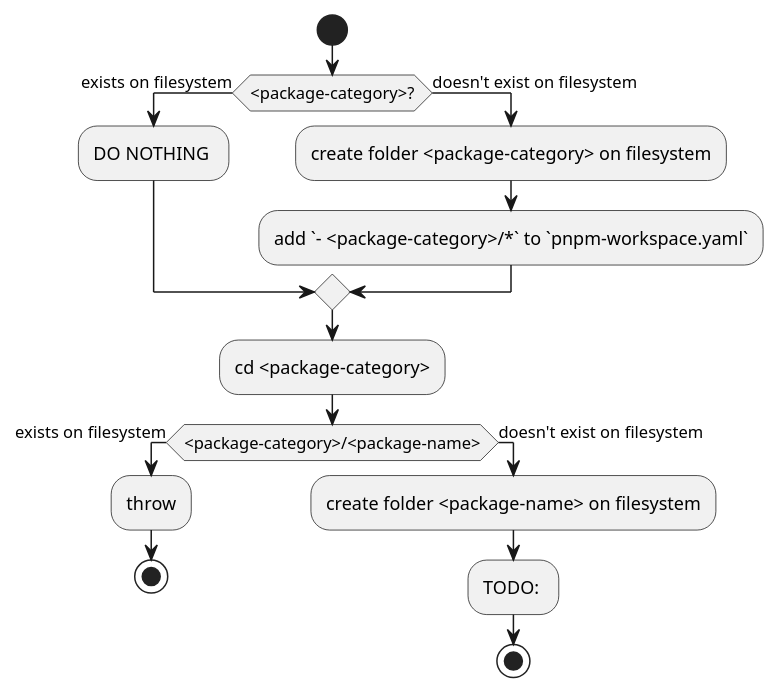
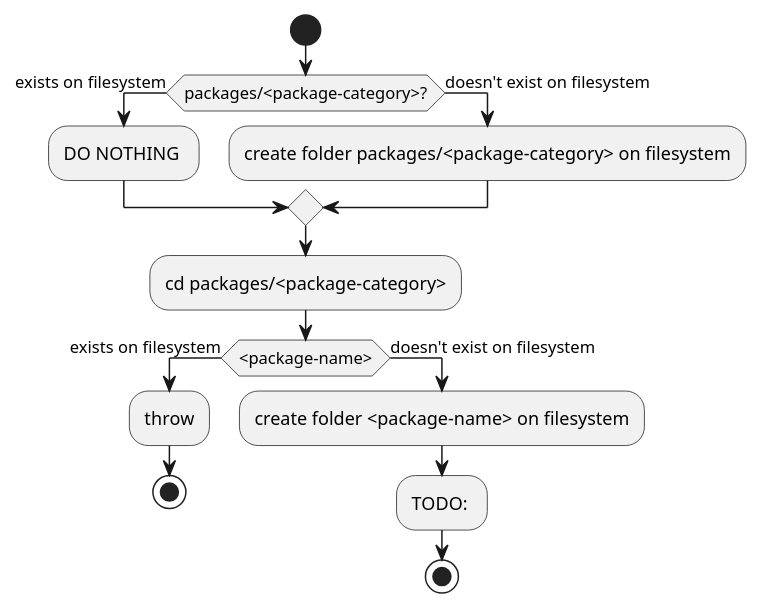
The second of 2 diagrams in roadmap.md (Aquaticat/Monochromatic), drawn with PlantUML before and after one commit. The commit also changed other lines of this file and 291 other files, not shown here.

````diff
--- a/roadmap.md
+++ b/roadmap.md
@@ -75,22 +77,23 @@
+```plantuml
 @startuml
 start
 
-if (<package-category>?) then (exists on filesystem)
+if (packages/<package-category>?) then (exists on filesystem)
   :DO NOTHING ;
 else (doesn't exist on filesystem)
-  :create folder <package-category> on filesystem;
-  :add `- <package-category>/*` to `pnpm-workspace.yaml`;
+  :create folder packages/<package-category> on filesystem;
 endif
 
-:cd <package-category>;
+:cd packages/<package-category>;
 
-if (<package-category>/<package-name>) then (exists on filesystem)
+if (<package-name>) then (exists on filesystem)
   :throw;
   stop
 else (doesn't exist on filesystem)
   :create folder <package-name> on filesystem;
   :TODO: ;
   stop
 endif
 
 @enduml
+```
````
